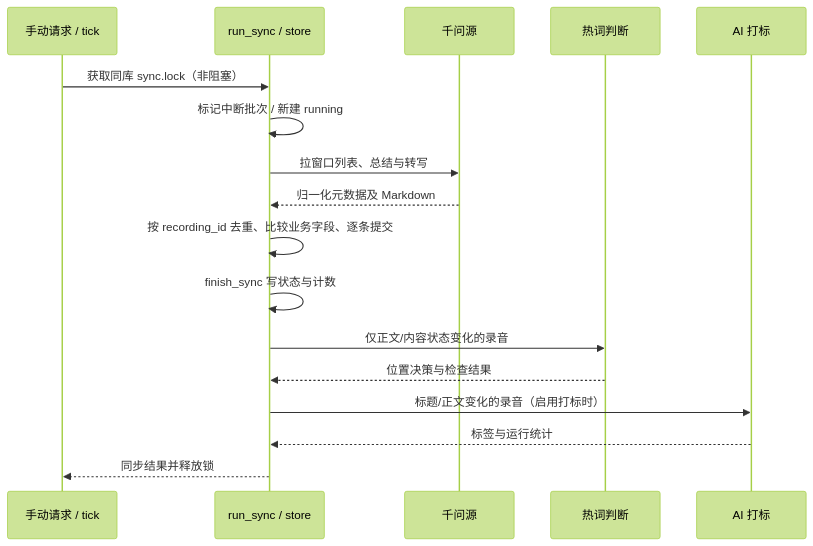
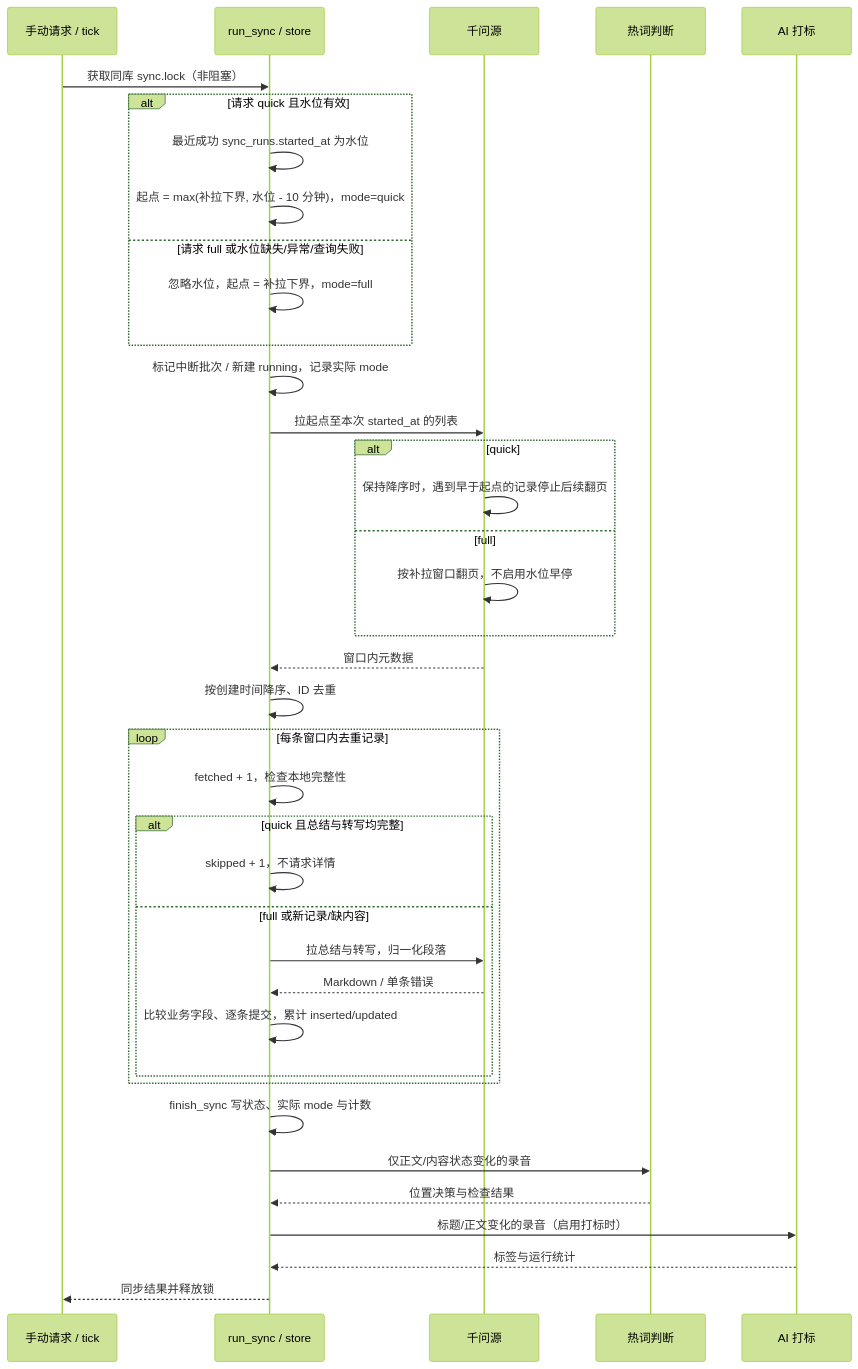
One commit to xumingkai989-hub/qwennote-admin changed the second of 2 diagrams in docs/ARCHITECTURE.md. Above: the diagram before and after it, drawn with Mermaid (forest theme). The commit also changed other lines of this file and 5 other files, not shown here.

````diff
--- a/docs/ARCHITECTURE.md
+++ b/docs/ARCHITECTURE.md
@@ -79,19 +80,40 @@
 ```mermaid
 sequenceDiagram
     participant C as 手动请求 / tick
     participant S as run_sync / store
     participant Q as 千问源
     participant H as 热词判断
     participant A as AI 打标
     C->>S: 获取同库 sync.lock（非阻塞）
-    S->>S: 标记中断批次 / 新建 running
-    S->>Q: 拉窗口列表、总结与转写
-    Q-->>S: 归一化元数据及 Markdown
-    S->>S: 按 recording_id 去重、比较业务字段、逐条提交
-    S->>S: finish_sync 写状态与计数
+    alt 请求 quick 且水位有效
+        S->>S: 最近成功 sync_runs.started_at 为水位
+        S->>S: 起点 = max(补拉下界, 水位 - 10 分钟)，mode=quick
+    else 请求 full 或水位缺失/异常/查询失败
+        S->>S: 忽略水位，起点 = 补拉下界，mode=full
+    end
+    S->>S: 标记中断批次 / 新建 running，记录实际 mode
+    S->>Q: 拉起点至本次 started_at 的列表
+    alt quick
+        Q->>Q: 保持降序时，遇到早于起点的记录停止后续翻页
+    else full
+        Q->>Q: 按补拉窗口翻页，不启用水位早停
+    end
+    Q-->>S: 窗口内元数据
+    S->>S: 按创建时间降序、ID 去重
+    loop 每条窗口内去重记录
+        S->>S: fetched + 1，检查本地完整性
+        alt quick 且总结与转写均完整
+            S->>S: skipped + 1，不请求详情
+        else full 或新记录/缺内容
+            S->>Q: 拉总结与转写，归一化段落
+            Q-->>S: Markdown / 单条错误
+            S->>S: 比较业务字段、逐条提交，累计 inserted/updated
+        end
+    end
+    S->>S: finish_sync 写状态、实际 mode 与计数
     S->>H: 仅正文/内容状态变化的录音
     H-->>S: 位置决策与检查结果
     S->>A: 标题/正文变化的录音（启用打标时）
     A-->>S: 标签与运行统计
     S-->>C: 同步结果并释放锁
 ```
````
